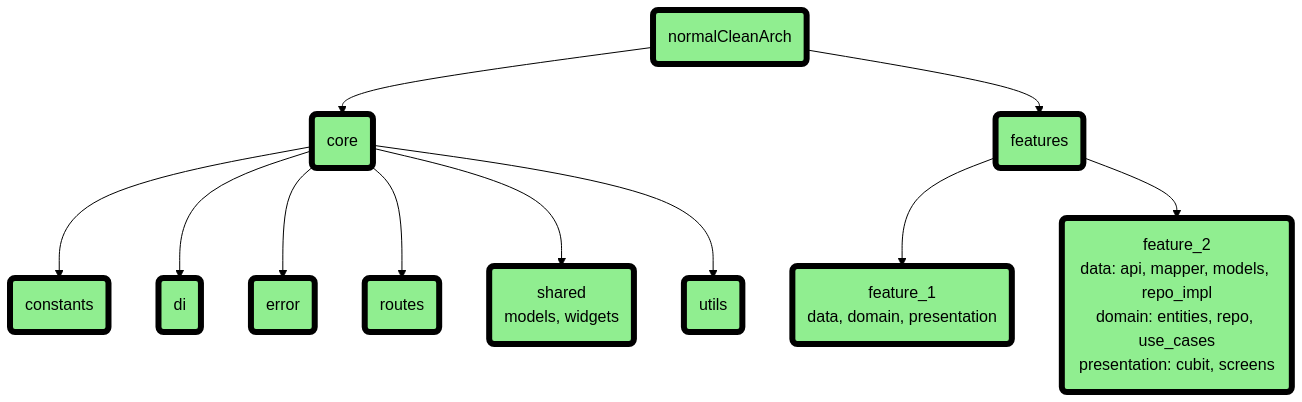
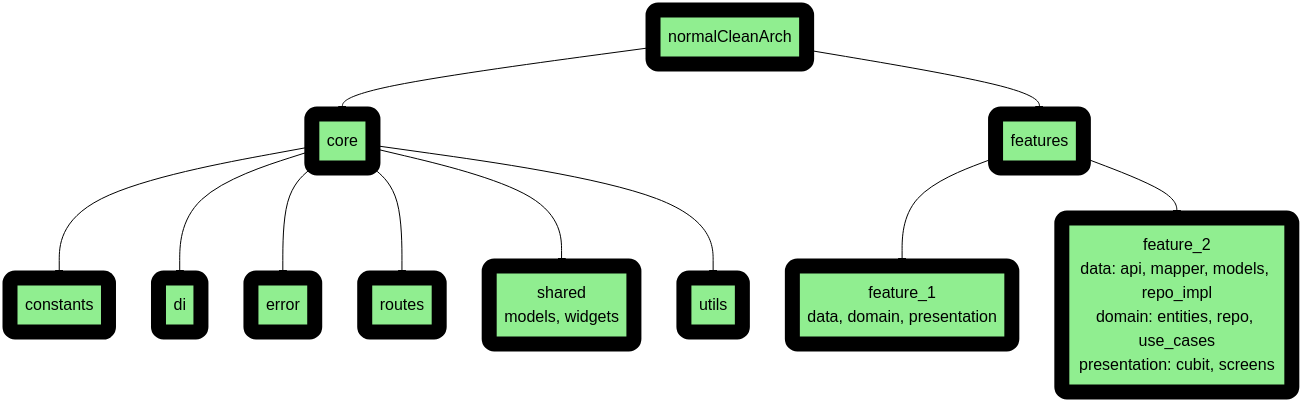
The diagram in README.md (Mahm0udbakir/clean_arch), drawn with Mermaid (forest theme) before and after one commit.

Commit message:
Increase stroke widths in README.md architecture diagram for enhanced visual distinction of core, features, and library components.

````diff
--- a/README.md
+++ b/README.md
@@ -5,22 +5,22 @@
 ```mermaid
 graph TD
     A(normalCleanArch) --> B(core)
     A --> C(features)
 
     B --> B1(constants)
     B --> B2(di)
     B --> B3(error)
     B --> B4(routes)
     B --> B5("shared<br/>models, widgets")
     B --> B6(utils)
 
     C --> C1("feature_1<br/>data, domain, presentation")
     C --> C2("feature_2<br/>data: api, mapper, models, repo_impl<br/>domain: entities, repo, use_cases<br/>presentation: cubit, screens")
 
-    classDef core fill:#90EE90,stroke:#000000,stroke-width:6px,color:#000000;
-    classDef features fill:#90EE90,stroke:#000000,stroke-width:6px,color:#000000;
-    classDef lib fill:#90EE90,stroke:#000000,stroke-width:6px,color:#000000;
+    classDef core fill:#90EE90,stroke:#000000,stroke-width:15px,color:#000000;
+    classDef features fill:#90EE90,stroke:#000000,stroke-width:15px,color:#000000;
+    classDef lib fill:#90EE90,stroke:#000000,stroke-width:15px,color:#000000;
     class A,B,B1,B2,B3,B4,B5,B6 core;
     class C,C1,C2 features;
     class D,D1 lib;
 ```
````
